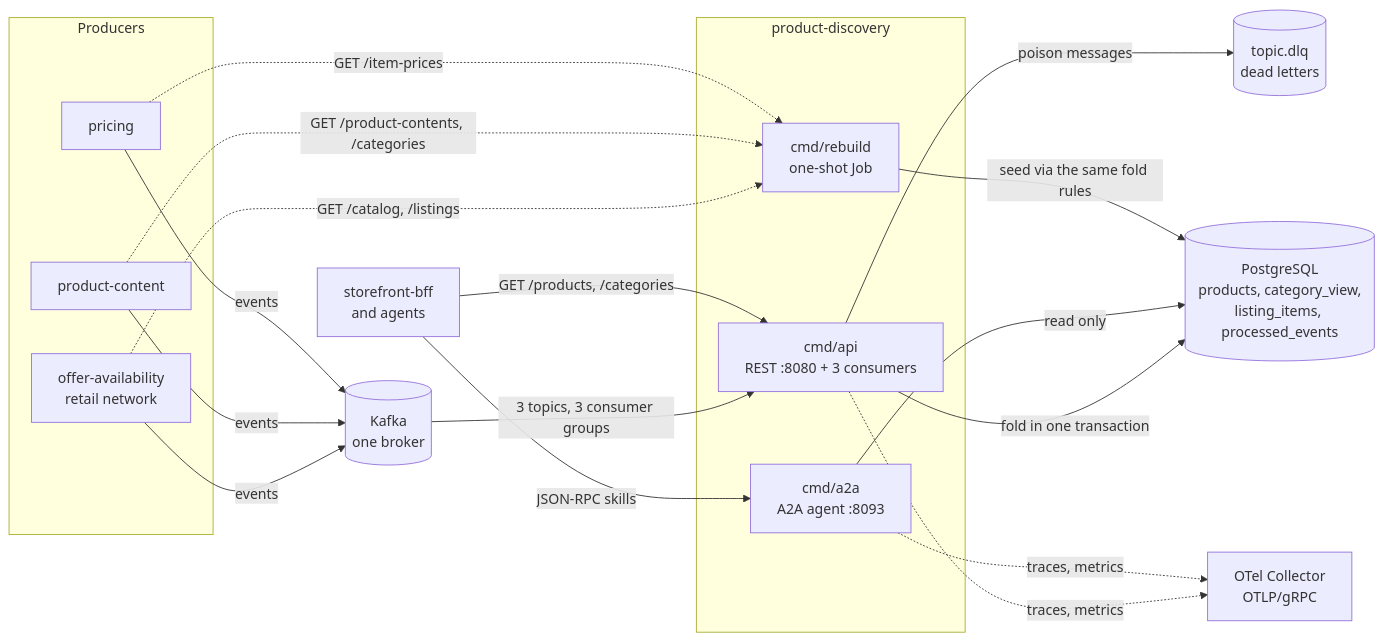
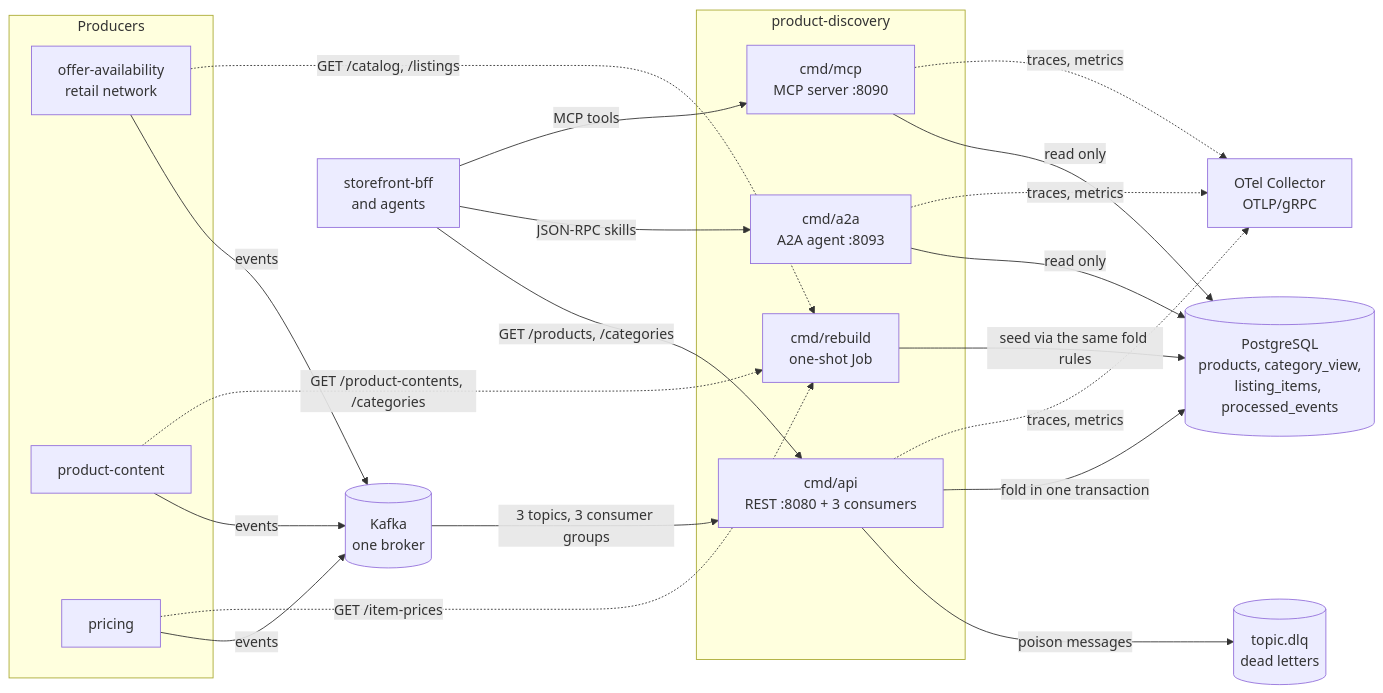
Before and after one commit to IQVO/product-discovery: the diagram in docs/docs/overview/architecture.md, drawn with Mermaid. The commit also changed other lines of this file and 12 other files, not shown here.

Commit message:
docs(mcp): tools page, README, configuration, runbook, observability, architecture

````diff
--- a/docs/docs/overview/architecture.md
+++ b/docs/docs/overview/architecture.md
@@ -20,34 +20,38 @@
 ```mermaid
 flowchart LR
   subgraph Producers["Producers"]
     OA["offer-availability<br/>retail network"]
     PC["product-content"]
     PR["pricing"]
   end
   K[("Kafka<br/>one broker")]
   subgraph PD["product-discovery"]
     API["cmd/api<br/>REST :8080 + 3 consumers"]
     A2A["cmd/a2a<br/>A2A agent :8093"]
+    MCP["cmd/mcp<br/>MCP server :8090"]
     RB["cmd/rebuild<br/>one-shot Job"]
   end
   PG[("PostgreSQL<br/>products, category_view,<br/>listing_items, processed_events")]
   BFF["storefront-bff<br/>and agents"]
   DLQ[("topic.dlq<br/>dead letters")]
   OTEL["OTel Collector<br/>OTLP/gRPC"]
 
   OA -- "events" --> K
   PC -- "events" --> K
   PR -- "events" --> K
   K -- "3 topics, 3 consumer groups" --> API
   API -- "poison messages" --> DLQ
   API -- "fold in one transaction" --> PG
   A2A -- "read only" --> PG
+  MCP -- "read only" --> PG
   RB -- "seed via the same fold rules" --> PG
   OA -. "GET /catalog, /listings" .-> RB
   PC -. "GET /product-contents, /categories" .-> RB
   PR -. "GET /item-prices" .-> RB
   BFF -- "GET /products, /categories" --> API
   BFF -- "JSON-RPC skills" --> A2A
+  BFF -- "MCP tools" --> MCP
   API -. "traces, metrics" .-> OTEL
   A2A -. "traces, metrics" .-> OTEL
+  MCP -. "traces, metrics" .-> OTEL
 ```
````
